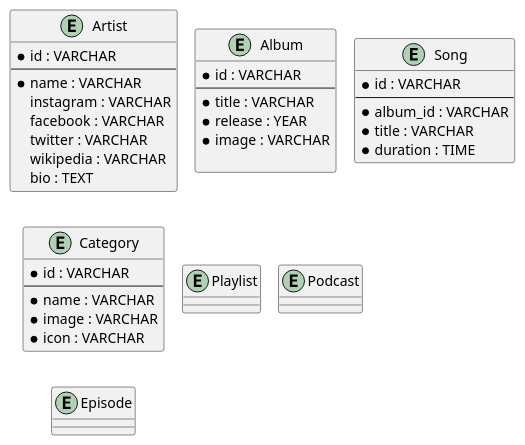
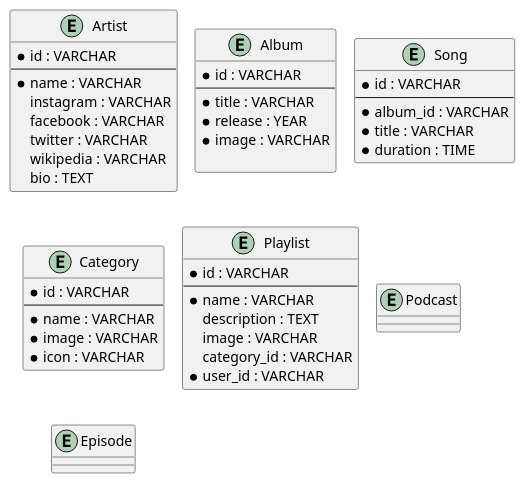
The diagram in spotify.puml (fkresna23/database-design-spotify), drawn with PlantUML before and after one commit.

Commit message:
Menentukan Attribute Entity Playlist

```diff
--- a/spotify.puml
+++ b/spotify.puml
@@ -1,50 +1,56 @@
 @startuml
 !pragma layout smetana
 entity Artist {
     * id : VARCHAR
     --
     * name : VARCHAR
     instagram : VARCHAR
     facebook : VARCHAR
     twitter : VARCHAR
     wikipedia : VARCHAR
     bio : TEXT
 }
 
 entity Album {
     * id : VARCHAR
     --
     * title : VARCHAR
     * release : YEAR
     * image : VARCHAR
 
 }
 
 entity Song {
     * id : VARCHAR
     --
     * album_id : VARCHAR
     * title : VARCHAR
     * duration : TIME
 }
 
 entity Category {
     * id : VARCHAR
     --
     * name : VARCHAR
     * image : VARCHAR
     * icon : VARCHAR
 }
 
 entity Playlist {
-
+    * id : VARCHAR
+    --
+    * name : VARCHAR
+    description : TEXT
+    image : VARCHAR
+    category_id : VARCHAR
+    * user_id : VARCHAR
 }
 
 entity Podcast {
 
 }
 
 entity Episode {
 
 }
 @enduml
```
